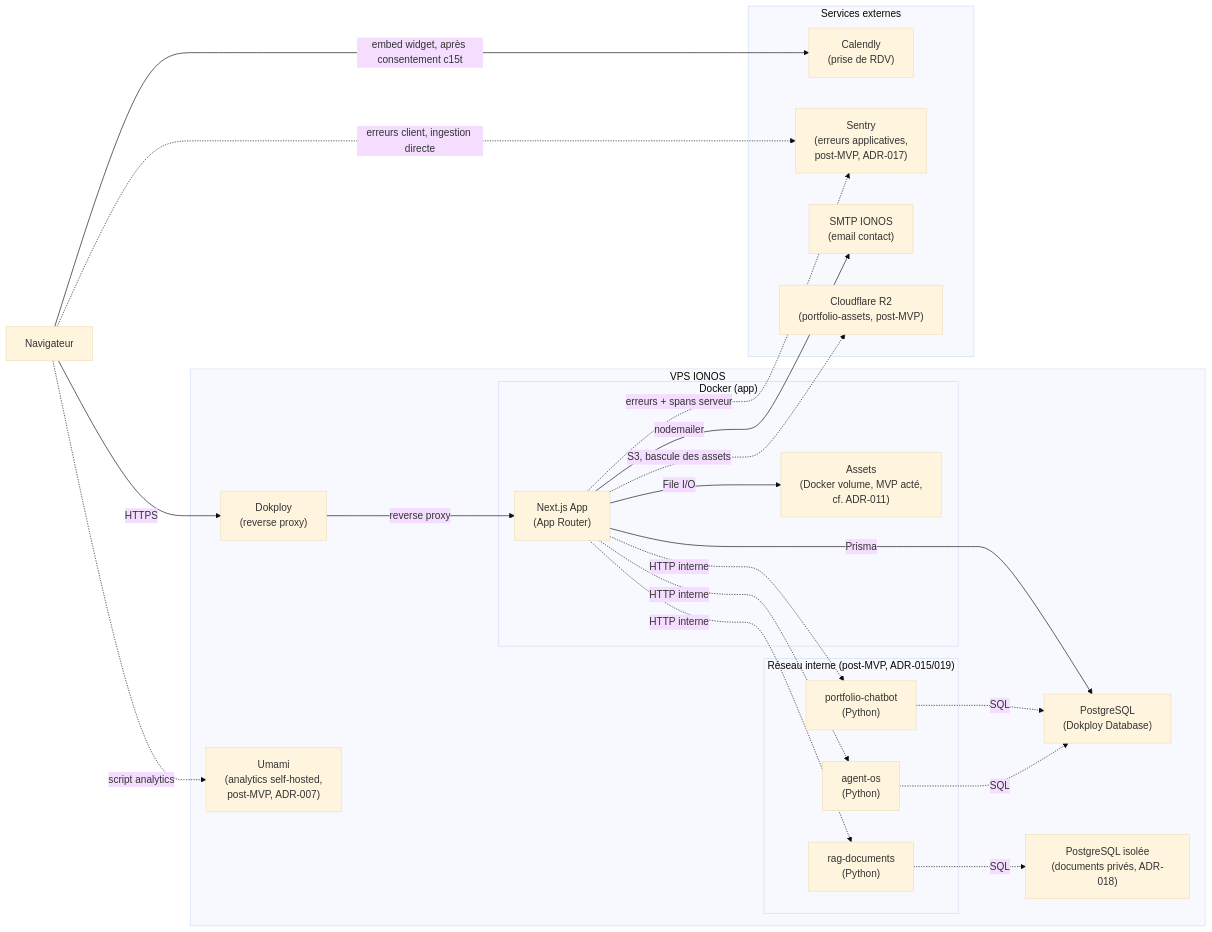
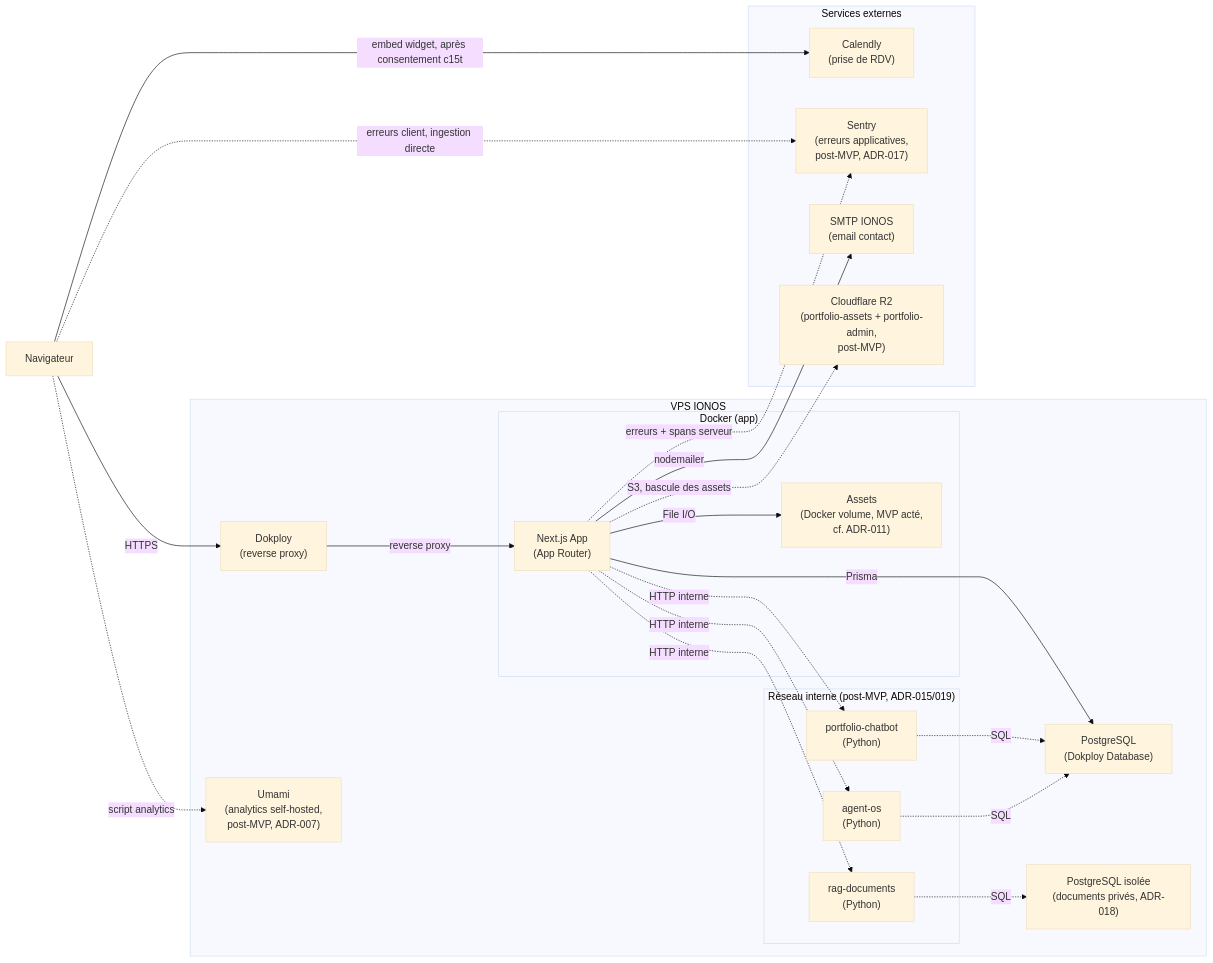
The first of 4 diagrams in docs/ARCHITECTURE.md (thibaud57/thibaud-geisler-portfolio), drawn with Mermaid (base theme) before and after one commit. The commit also changed other lines of this file and 3 other files, not shown here.

````diff
--- a/docs/ARCHITECTURE.md
+++ b/docs/ARCHITECTURE.md
@@ -82,43 +82,43 @@
 ```mermaid
 graph LR
     Browser["Navigateur"]
 
     subgraph VPS["VPS IONOS"]
         Dokploy["Dokploy<br/>(reverse proxy)"]
         subgraph App["Docker (app)"]
             Next["Next.js App<br/>(App Router)"]
             Assets["Assets<br/>(Docker volume, MVP acté,<br/>cf. ADR-011)"]
         end
         PG["PostgreSQL<br/>(Dokploy Database)"]
         Umami["Umami<br/>(analytics self-hosted,<br/>post-MVP, ADR-007)"]
         subgraph Interne["Réseau interne (post-MVP, ADR-015/019)"]
             Chatbot["portfolio-chatbot<br/>(Python)"]
             AgentOS["agent-os<br/>(Python)"]
             RagDocs["rag-documents<br/>(Python)"]
         end
         PGPriv["PostgreSQL isolée<br/>(documents privés, ADR-018)"]
     end
 
     subgraph Ext["Services externes"]
         Calendly["Calendly<br/>(prise de RDV)"]
         Sentry["Sentry<br/>(erreurs applicatives,<br/>post-MVP, ADR-017)"]
         SMTP["SMTP IONOS<br/>(email contact)"]
-        R2["Cloudflare R2<br/>(portfolio-assets, post-MVP)"]
+        R2["Cloudflare R2<br/>(portfolio-assets + portfolio-admin,<br/>post-MVP)"]
     end
 
     Browser -->|HTTPS| Dokploy -->|reverse proxy| Next
     Browser -->|embed widget, après consentement c15t| Calendly
     Browser -.->|script analytics| Umami
     Browser -.->|erreurs client, ingestion directe| Sentry
     Next -->|Prisma| PG
     Next -->|File I/O| Assets
     Next -.->|HTTP interne| Chatbot
     Next -.->|HTTP interne| AgentOS
     Next -.->|HTTP interne| RagDocs
     Next -->|nodemailer| SMTP
     Next -.->|erreurs + spans serveur| Sentry
     Next -.->|S3, bascule des assets| R2
     Chatbot -.->|SQL| PG
     AgentOS -.->|SQL| PG
     RagDocs -.->|SQL| PGPriv
 ```
````
